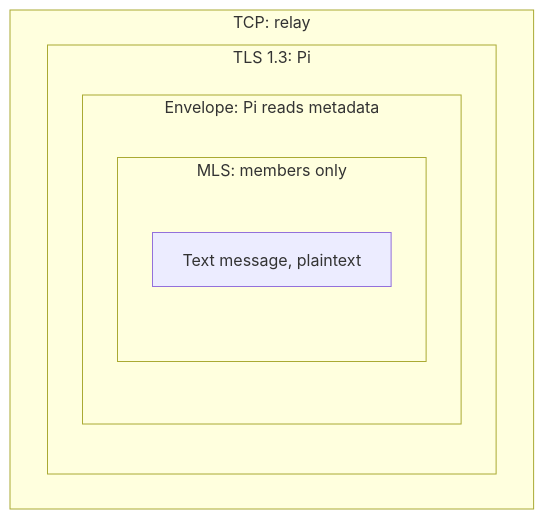
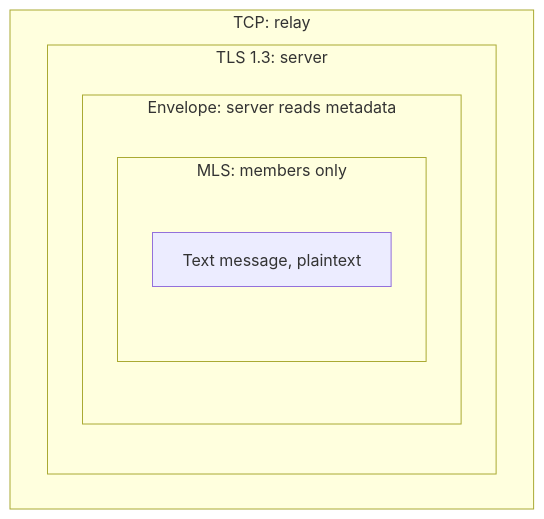
The second of 4 diagrams in docs/architecture-decisions.md (koppathachan/vyajena), drawn with Mermaid before and after one commit. The commit also changed other lines of this file and 437 other files, not shown here.

````diff
--- a/docs/architecture-decisions.md
+++ b/docs/architecture-decisions.md
@@ -93,12 +93,12 @@
 ```mermaid
 flowchart TB
   subgraph tcp["TCP: relay"]
-    subgraph tls["TLS 1.3: Pi"]
-      subgraph env["Envelope: Pi reads metadata"]
+    subgraph tls["TLS 1.3: server"]
+      subgraph env["Envelope: server reads metadata"]
         subgraph mls["MLS: members only"]
           pt["Text message, plaintext"]
         end
       end
     end
   end
 ```
````
